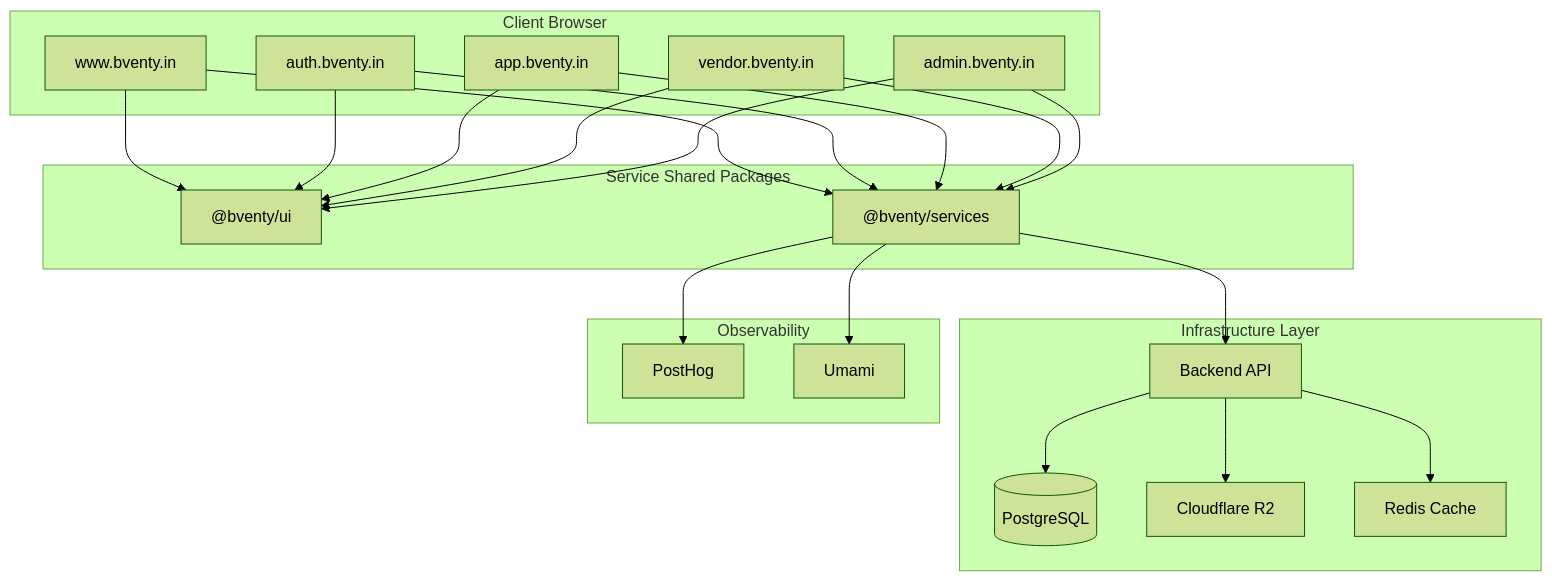
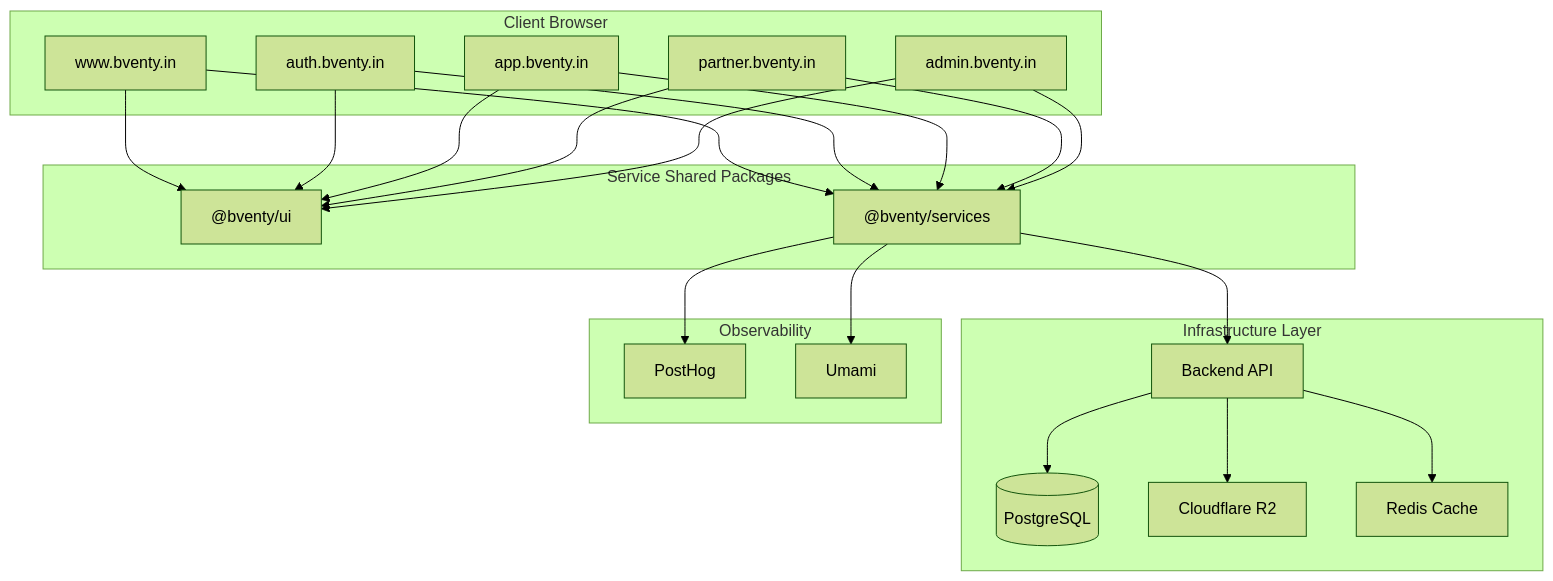
Before and after one commit to once-human/bventy-web: the second of 2 diagrams in README.md, drawn with Mermaid (forest theme). The commit also changed 1 other file, not shown here.

Commit message:
docs: sync readme and architecture docs

````diff
--- a/README.md
+++ b/README.md
@@ -63,36 +63,36 @@
 ```mermaid
 graph TD
     subgraph Client Browser
         WWW[www.bventy.in]
         AUTH[auth.bventy.in]
         APP[app.bventy.in]
-        VENDOR[vendor.bventy.in]
+        VENDOR[partner.bventy.in]
         ADMIN[admin.bventy.in]
     end
 
     subgraph Service Shared Packages
         UI["@bventy/ui"]
         SVC["@bventy/services"]
     end
 
     subgraph Infrastructure Layer
         API[Backend API]
         DB[(PostgreSQL)]
         R2[Cloudflare R2]
         KV[Redis Cache]
     end
 
     subgraph Observability
         PH[PostHog]
         UM[Umami]
     end
 
     WWW & AUTH & APP & VENDOR & ADMIN --> UI
     WWW & AUTH & APP & VENDOR & ADMIN --> SVC
     SVC --> API
     API --> DB
     API --> R2
     API --> KV
     SVC --> PH
     SVC --> UM
 ```
````
